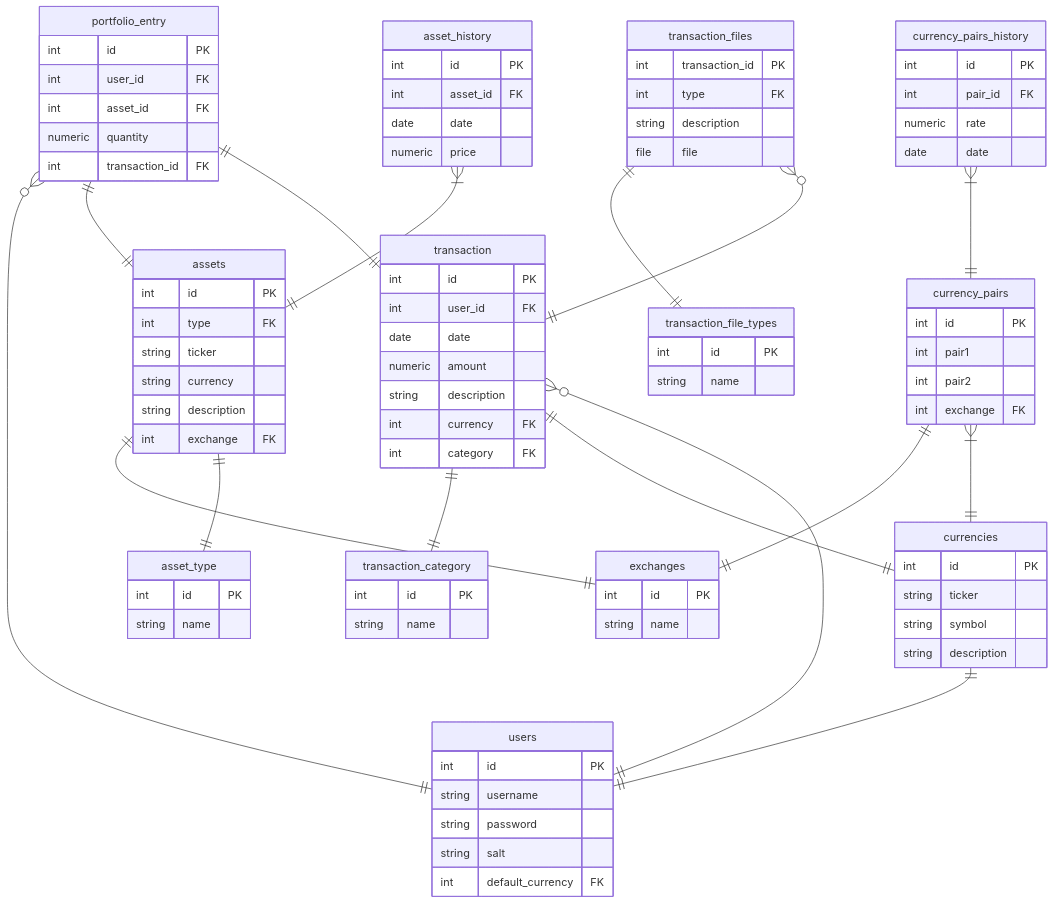
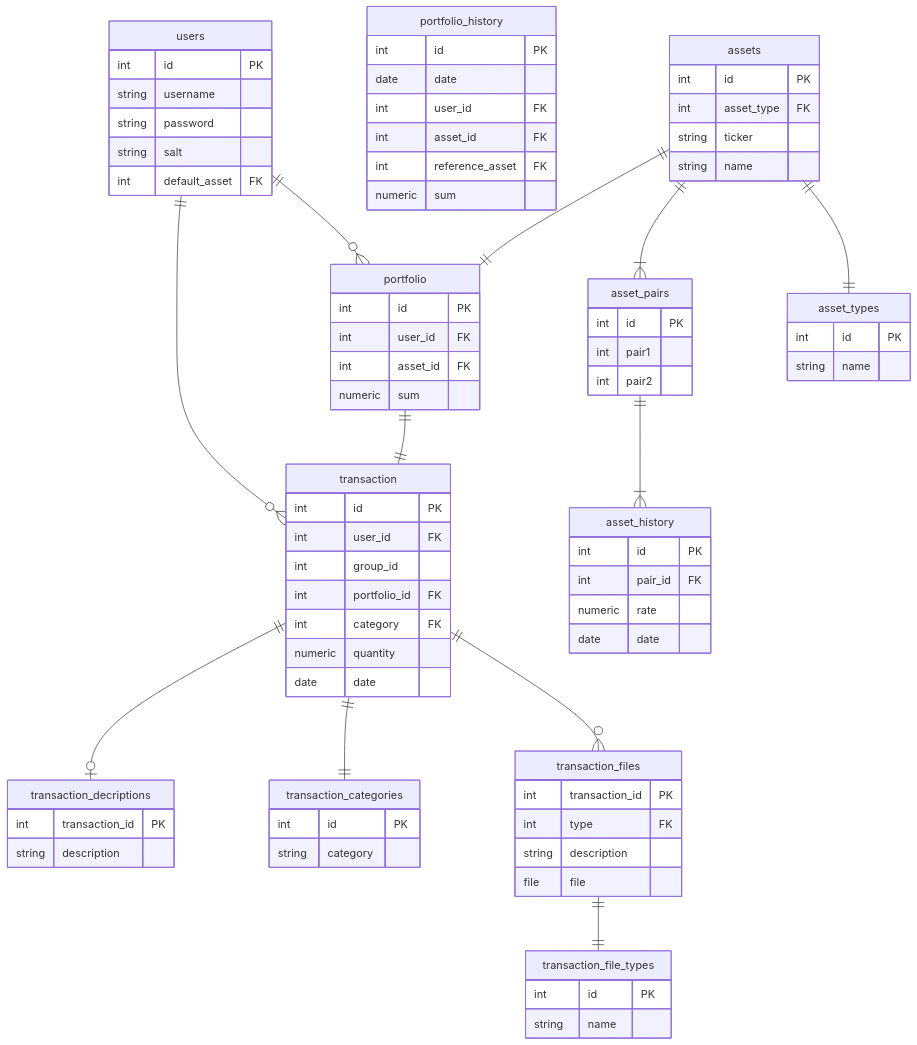
Before and after one commit to EinarasGar/myra: the diagram in database/readme.md, drawn with Mermaid.

Commit message:
Refactor ERD

````diff
--- a/database/readme.md
+++ b/database/readme.md
@@ -5,92 +5,99 @@
         string username
         string password
         string salt
-        int default_currency FK
+        int default_asset FK
     }
+    users ||--o{ portfolio : ""
+    transaction }o--|| users : ""
+    
+ 
+
+
+    portfolio {
+        int id PK
+        int user_id FK
+        int asset_id FK
+        numeric sum
+    }
+    portfolio ||--|| transaction : ""
+
+    portfolio_history {
+        int id PK
+        date date
+        int user_id FK
+        int asset_id FK
+        int reference_asset FK
+        numeric sum
+    }
+
+
+
     transaction {
         int id PK
         int user_id FK
+        int group_id
+        int portfolio_id FK
+        int category FK
+        numeric quantity
         date date
-        numeric amount
+    }
+
+    transaction_categories {
+        int id PK
+        string category
+    }
+
+    transaction_decriptions {
+        int transaction_id PK
         string description
-        int currency FK
-        int category FK
     }
-    transaction_category {
-        int id PK
-        string name
-    }
-    portfolio_entry {
-        int id PK
-        int user_id FK
-        int asset_id FK
-        numeric quantity
-        int transaction_id FK
-    }
+
     transaction_files {
         int transaction_id PK
         int type FK
         string description
         file file
     }
+
     transaction_file_types {
         int id PK
         string name
     }
+    transaction ||--o{ transaction_files : ""
+    transaction ||--|| transaction_categories : ""
+    transaction ||--o| transaction_decriptions : ""
+    transaction_files ||--|| transaction_file_types : ""
+
+
     assets {
         int id PK
-        int type FK
+        int asset_type FK
         string ticker
-        string currency
-        string description
-        int exchange FK
+        string name
     }
-    asset_type {
+
+    asset_types {
         int id PK
         string name
     }
-    asset_history {
-        int id PK
-        int asset_id FK
-        date date
-        numeric price
-    }
-    currencies {
-        int id PK
-        string ticker
-        string symbol
-        string description
-    }
-    currency_pairs {
+
+    asset_pairs {
         int id PK
         int pair1
         int pair2
-        int exchange FK
     }
-    currency_pairs_history {
+
+    asset_history {
         int id PK
         int pair_id FK
         numeric rate
         date date
     }
-    exchanges {
-        int id PK
-        string name
-    }
-    transaction_files }o--|| transaction : ""
-    transaction }o--|| users : ""
-    asset_history }|--|| assets : ""
-    currency_pairs_history }|--|| currency_pairs : ""
-    currency_pairs }|--|| currencies : ""
-    currencies ||--|| users : ""
-    transaction ||--|| currencies : ""
-    portfolio_entry ||--|| transaction : ""
-    portfolio_entry ||--|| assets : ""
-    assets ||--|| asset_type : ""
-    assets ||--|| exchanges : ""
-    currency_pairs ||--|| exchanges : ""
-    transaction_files ||--|| transaction_file_types : ""
-    transaction ||--|| transaction_category : ""
-    portfolio_entry }o--|| users : ""
+    assets ||--|| asset_types : ""
+    assets ||--|{ asset_pairs : ""
+    asset_pairs ||--|{ asset_history : ""
+    assets ||--||  portfolio : ""
+
+   
 
 ```
````
